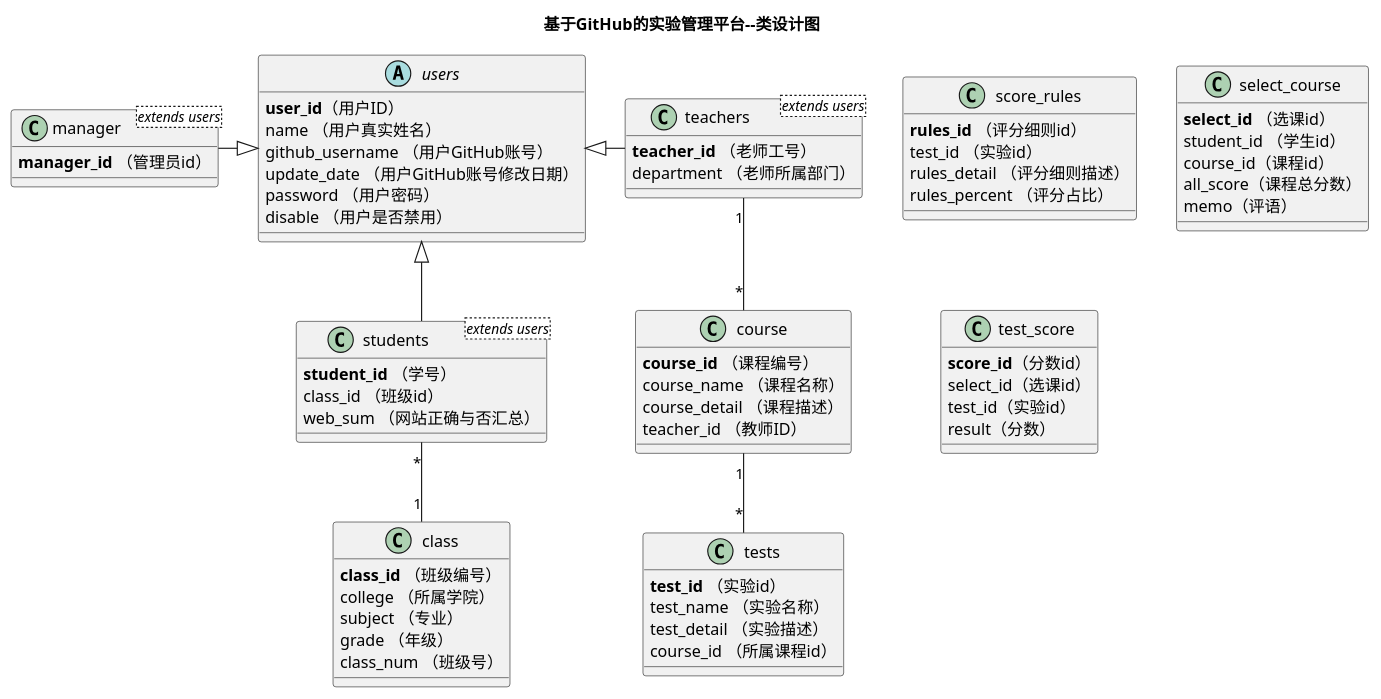
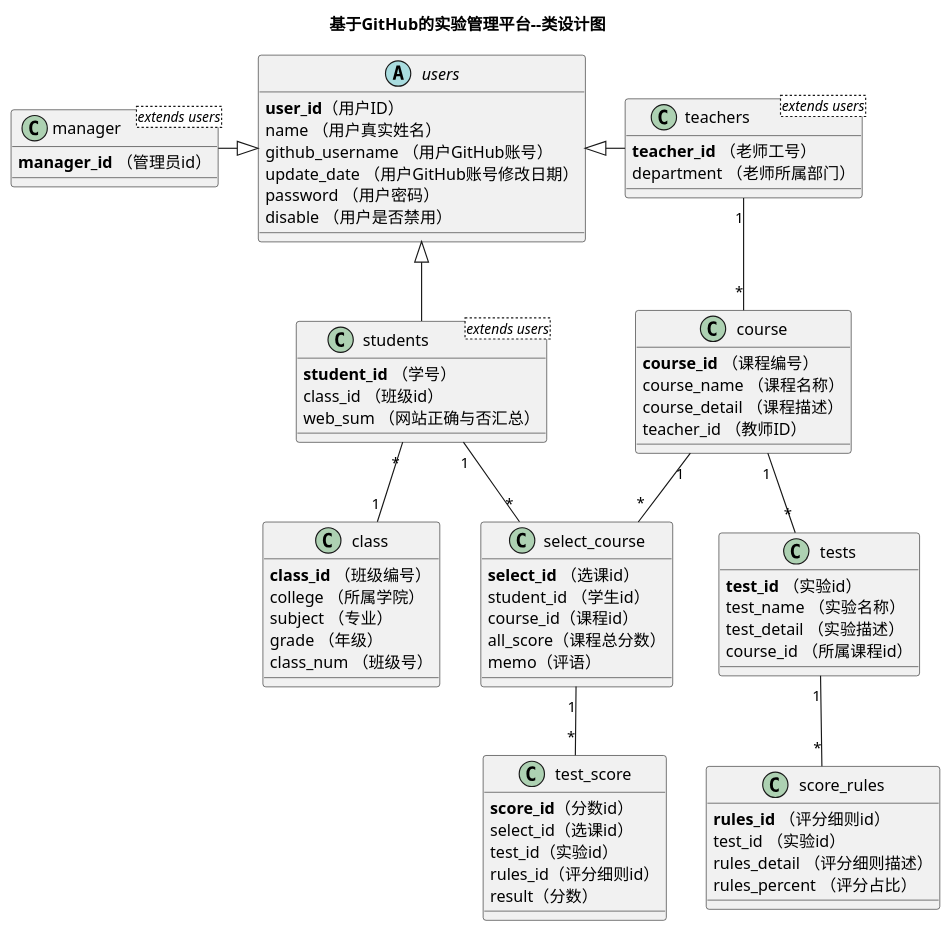
The diagram in test6/puml/SystemClass.puml (YYttaa/is_analysis-2), drawn with PlantUML before and after one commit.

Commit message:
实验六

```diff
--- a/test6/puml/SystemClass.puml
+++ b/test6/puml/SystemClass.puml
@@ -1,78 +1,82 @@
 @startuml
 title 基于GitHub的实验管理平台--类设计图
 abstract class users{
     <b>user_id</b>（用户ID）
     name （用户真实姓名）
     github_username （用户GitHub账号）
     update_date （用户GitHub账号修改日期）
     password （用户密码）
     disable （用户是否禁用）
  }
 
  class students<extends users>{
     <b>student_id</b> （学号）
     class_id （班级id）
     web_sum （网站正确与否汇总）
  }
 
  class teachers<extends users>{
      <b>teacher_id</b> （老师工号）
      department （老师所属部门）
  }
 
  class class{
     <b>class_id</b> （班级编号）
     college （所属学院）
     subject （专业）
     grade （年级）
     class_num （班级号）
  }
 
  class manager<extends users>{
     <b>manager_id</b> （管理员id）
  }
 
 class course{
     <b>course_id</b> （课程编号）
     course_name （课程名称）
     course_detail （课程描述）
     teacher_id （教师ID）
 }
 
 class tests{
     <b>test_id</b> （实验id）
     test_name （实验名称）
     test_detail （实验描述）
     course_id （所属课程id）
 }
 
 class score_rules{
     <b>rules_id</b> （评分细则id）
     test_id （实验id）
     rules_detail （评分细则描述）
     rules_percent （评分占比）
 }
 
 class select_course{
     <b>select_id</b> （选课id）
     student_id （学生id）
     course_id（课程id）
     all_score（课程总分数）
     memo（评语）
 }
 
 class test_score{
     <b>score_id</b>（分数id）
     select_id（选课id）
     test_id（实验id）
+    rules_id（评分细则id）
     result（分数）
 }
 users <|-down- students
 users <|-right- teachers
 users <|-left- manager
 students "*"--"1"class
 teachers "1"--"*" course
 course "1" --"*"tests
-
+tests "1"--"*"score_rules
+students "1"--"*" select_course
+course "1"--"*" select_course
+select_course "1"--"*" test_score
 
 @enduml
```
